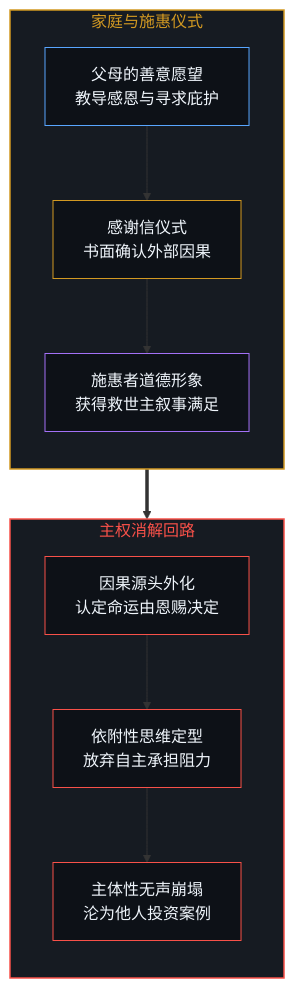
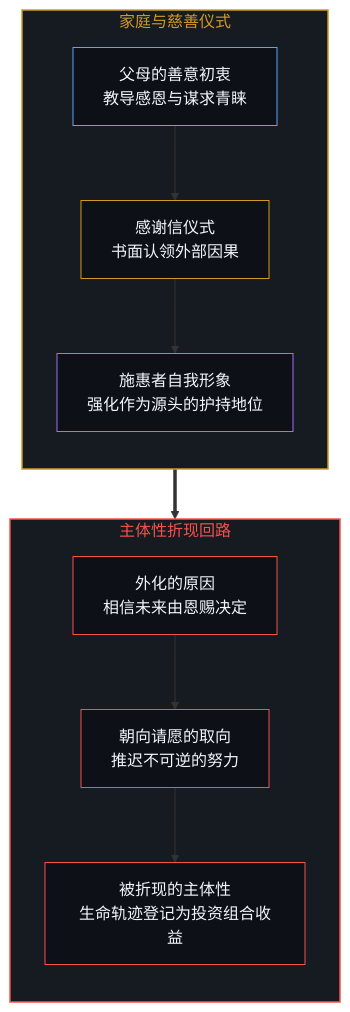
One commit to powerpig99/not-a-toe changed the third of 4 diagrams in content/posts/the-discount-on-agency.md. Above: the diagram before and after it, drawn with Mermaid. The commit also changed other lines of this file, not shown here.

````diff
--- a/content/posts/the-discount-on-agency.md
+++ b/content/posts/the-discount-on-agency.md
@@ -83,27 +83,27 @@
 ```mermaid
 flowchart TD
-  subgraph S_PAR["家庭与施惠仪式"]
+  subgraph S_PAR["家庭与慈善仪式"]
     direction TB
-    P_MOM["父母的善意愿望<br/>教导感恩与寻求庇护"]
-    P_LET["感谢信仪式<br/>书面确认外部因果"]
-    P_EGO["施惠者道德形象<br/>获得救世主叙事满足"]
+    P_MOM["父母的善意初衷<br/>教导感恩与谋求青睐"]
+    P_LET["感谢信仪式<br/>书面认领外部因果"]
+    P_EGO["施惠者自我形象<br/>强化作为源头的护持地位"]
   end
-  subgraph S_SUB["主权消解回路"]
+  subgraph S_SUB["主体性折现回路"]
     direction TB
-    S_EXT["因果源头外化<br/>认定命运由恩赐决定"]
-    S_DEP["依附性思维定型<br/>放弃自主承担阻力"]
-    S_COL["主体性无声崩塌<br/>沦为他人投资案例"]
+    S_EXT["外化的原因<br/>相信未来由恩赐决定"]
+    S_DEP["朝向请愿的取向<br/>推迟不可逆的努力"]
+    S_COL["被折现的主体性<br/>生命轨迹登记为投资组合收益"]
   end
   P_MOM --> P_LET
   P_LET --> P_EGO
   P_LET ==> S_EXT
   S_EXT --> S_DEP --> S_COL
   style S_PAR fill:#161b22,stroke:#d29922,stroke-width:1.5px,color:#d29922
   style S_SUB fill:#161b22,stroke:#f85149,stroke-width:1.5px,color:#f85149
   style P_MOM fill:#0d1117,stroke:#58a6ff,stroke-width:1px,color:#f0f6fc
   style P_LET fill:#0d1117,stroke:#d29922,stroke-width:1px,color:#f0f6fc
   style P_EGO fill:#0d1117,stroke:#a371f7,stroke-width:1px,color:#f0f6fc
   style S_EXT fill:#0d1117,stroke:#f85149,stroke-width:1px,color:#f0f6fc
   style S_DEP fill:#0d1117,stroke:#f85149,stroke-width:1px,color:#f0f6fc
   style S_COL fill:#0d1117,stroke:#f85149,stroke-width:1px,color:#f0f6fc
 ```
````
